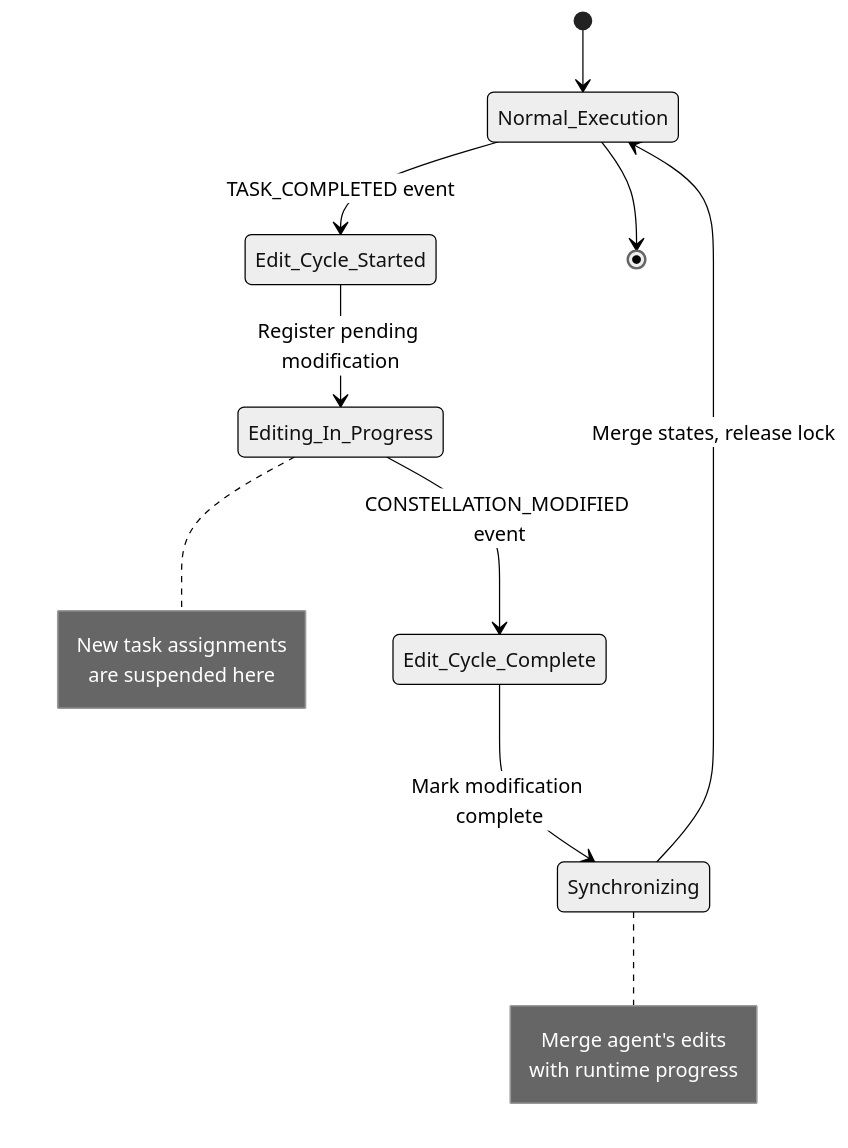
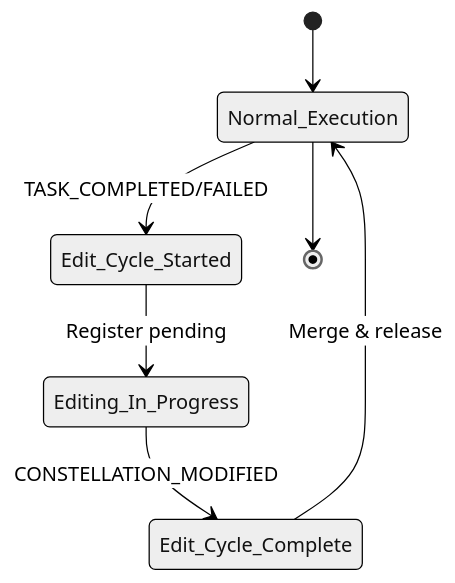
Before and after one commit to microsoft/UFO: the second of 2 diagrams in documents/docs/galaxy/constellation_orchestrator/safe_assignment_locking.md, drawn with Mermaid (neutral theme). The commit also changed other lines of this file and 13 other files, not shown here.

````diff
--- a/documents/docs/galaxy/constellation_orchestrator/safe_assignment_locking.md
+++ b/documents/docs/galaxy/constellation_orchestrator/safe_assignment_locking.md
@@ -106,20 +134,9 @@
 ```mermaid
 stateDiagram-v2
     [*] --> Normal_Execution
-    Normal_Execution --> Edit_Cycle_Started: TASK_COMPLETED event
-    Edit_Cycle_Started --> Editing_In_Progress: Register pending modification
-    Editing_In_Progress --> Edit_Cycle_Complete: CONSTELLATION_MODIFIED event
-    Edit_Cycle_Complete --> Synchronizing: Mark modification complete
-    Synchronizing --> Normal_Execution: Merge states, release lock
+    Normal_Execution --> Edit_Cycle_Started: TASK_COMPLETED/FAILED
+    Edit_Cycle_Started --> Editing_In_Progress: Register pending
+    Editing_In_Progress --> Edit_Cycle_Complete: CONSTELLATION_MODIFIED
+    Edit_Cycle_Complete --> Normal_Execution: Merge & release
     Normal_Execution --> [*]
-    
-    note right of Editing_In_Progress
-        New task assignments
-        are suspended here
-    end note
-    
-    note right of Synchronizing
-        Merge agent's edits
-        with runtime progress
-    end note
 ```
````
